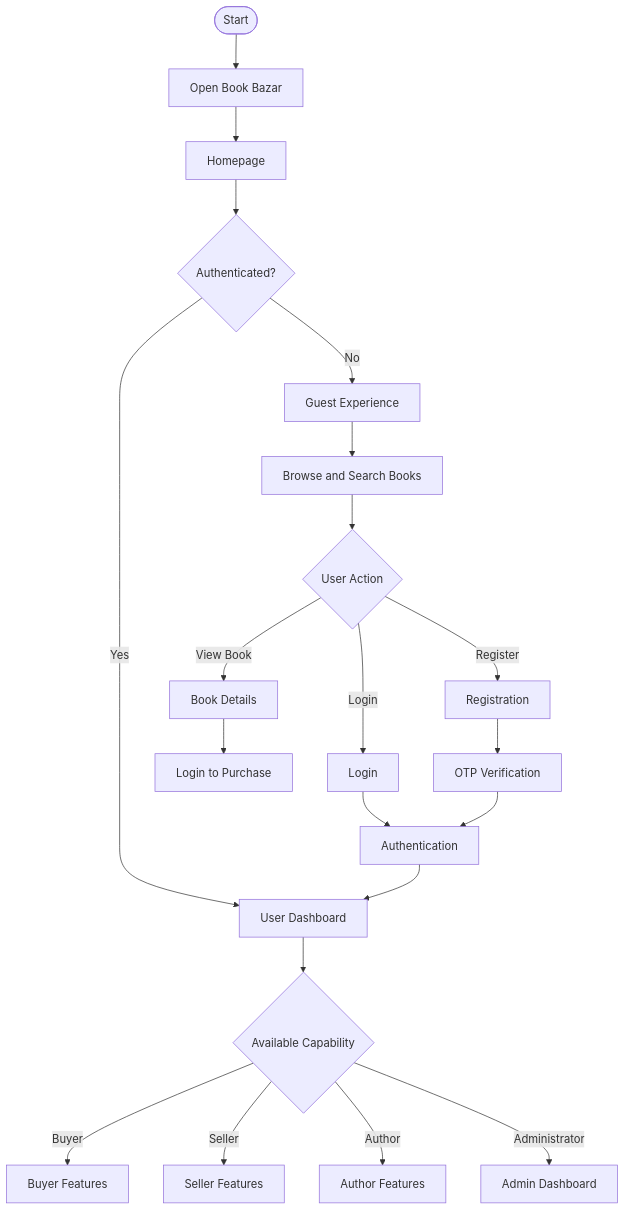
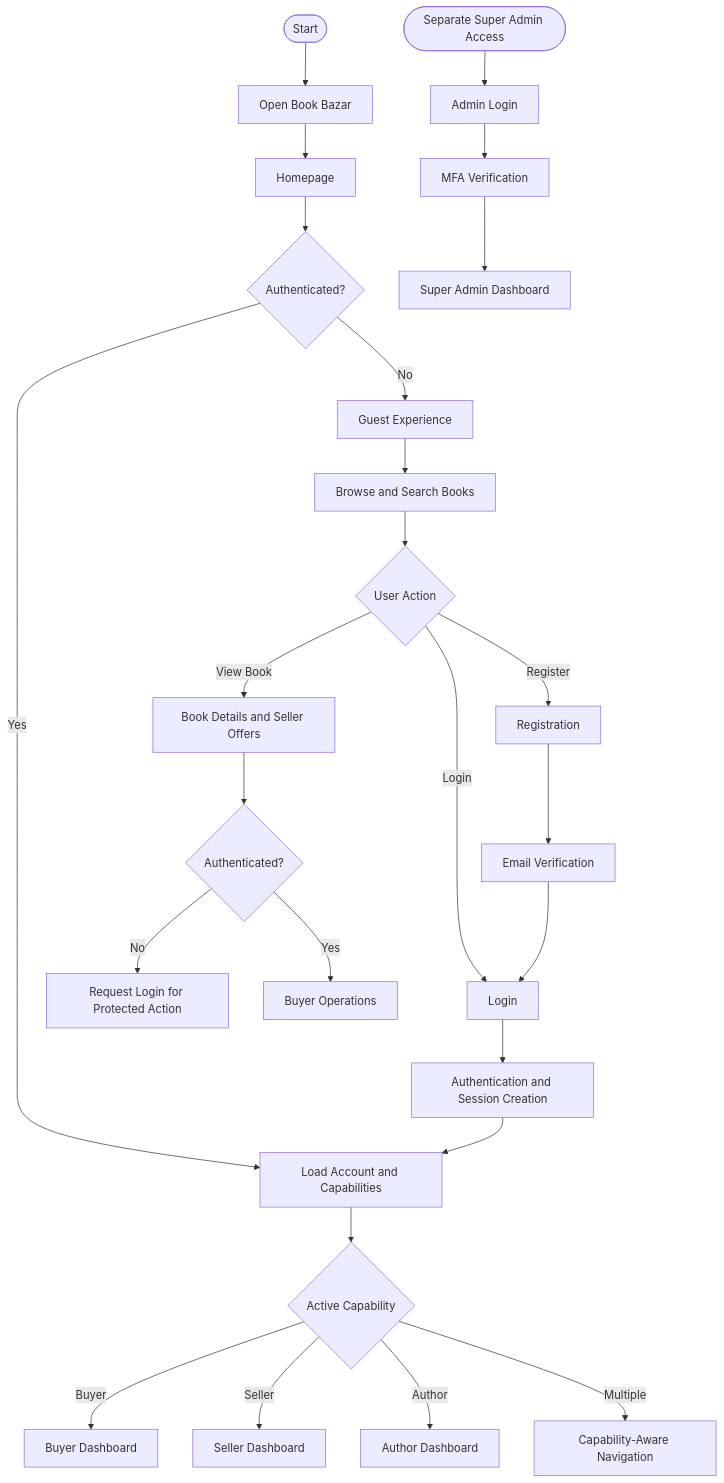
The first of 3 diagrams in docs/user-flow.md (utkarshhhh004/Book-Bazar), drawn with Mermaid before and after one commit. The commit also changed other lines of this file and 17 other files, not shown here.

````diff
--- a/docs/user-flow.md
+++ b/docs/user-flow.md
@@ -35,23 +47,36 @@
 ```mermaid
 flowchart TD
     A([Start]) --> B[Open Book Bazar]
     B --> C[Homepage]
     C --> D{Authenticated?}
+
     D -->|No| E[Guest Experience]
-    D -->|Yes| F[User Dashboard]
+    D -->|Yes| F[Load Account and Capabilities]
+
     E --> G[Browse and Search Books]
     G --> H{User Action}
-    H -->|Register| I[Registration]
-    H -->|Login| J[Login]
-    H -->|View Book| K[Book Details]
-    K --> L[Login to Purchase]
-    I --> M[OTP Verification]
-    J --> N[Authentication]
-    M --> N
-    N --> F
-    F --> O{Available Capability}
-    O -->|Buyer| P[Buyer Features]
-    O -->|Seller| Q[Seller Features]
-    O -->|Author| R[Author Features]
-    O -->|Administrator| S[Admin Dashboard]
+
+    H -->|View Book| I[Book Details and Seller Offers]
+    H -->|Register| J[Registration]
+    H -->|Login| K[Login]
+
+    I --> L{Authenticated?}
+    L -->|No| M[Request Login for Protected Action]
+    L -->|Yes| N[Buyer Operations]
+
+    J --> O[Email Verification]
+    O --> K
+
+    K --> P[Authentication and Session Creation]
+    P --> F
+
+    F --> Q{Active Capability}
+    Q -->|Buyer| R[Buyer Dashboard]
+    Q -->|Seller| S[Seller Dashboard]
+    Q -->|Author| T[Author Dashboard]
+    Q -->|Multiple| U[Capability-Aware Navigation]
+
+    V([Separate Super Admin Access]) --> W[Admin Login]
+    W --> X[MFA Verification]
+    X --> Y[Super Admin Dashboard]
 ```
````
